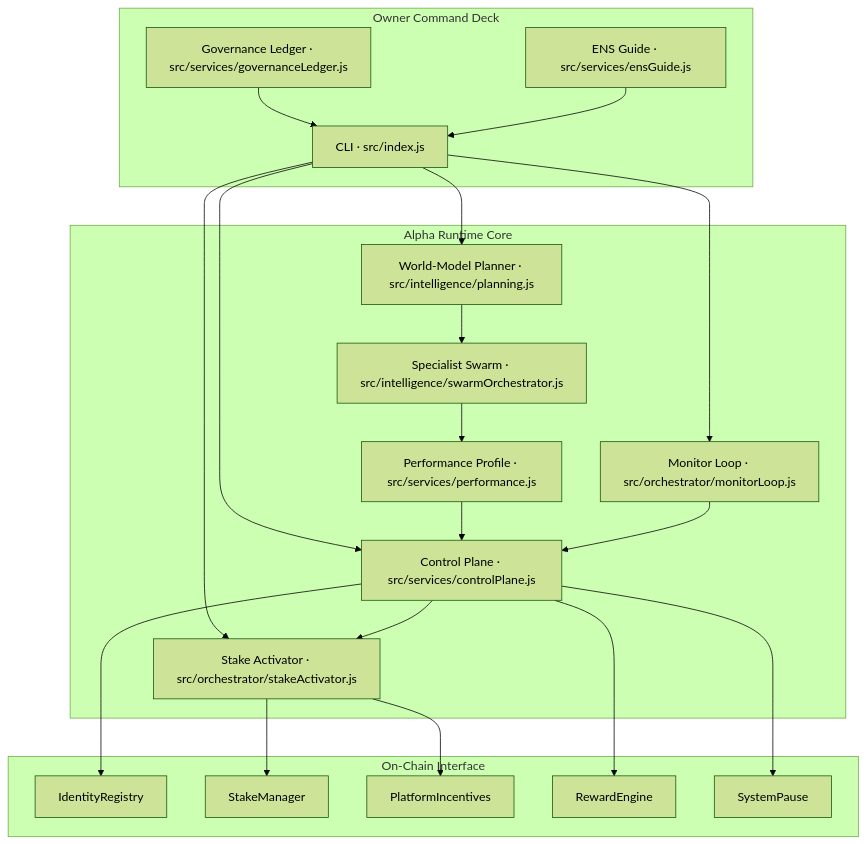
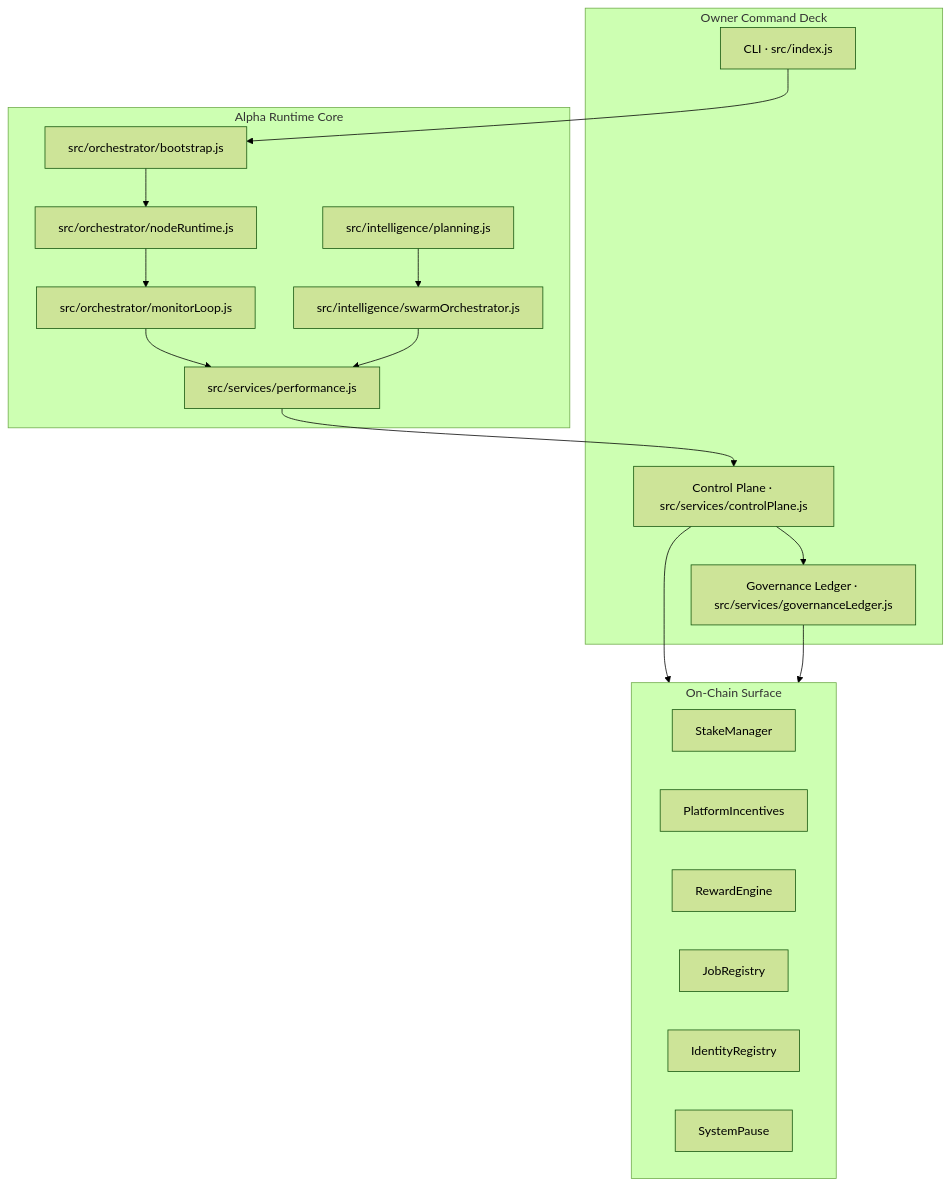
One commit to MontrealAI/AGI-Alpha-Node-v0 changed the first of 6 diagrams in docs/economics.md. Above: the diagram before and after it, drawn with Mermaid (forest theme). The commit also changed other lines of this file, not shown here.

````diff
--- a/docs/economics.md
+++ b/docs/economics.md
@@ -80,42 +74,37 @@
 ```mermaid
 flowchart TD
-  subgraph OwnerDeck["Owner Command Deck"]
-    CLI["CLI · src/index.js"]
-    Ledger["Governance Ledger · src/services/governanceLedger.js"]
-    Guide["ENS Guide · src/services/ensGuide.js"]
+  subgraph OwnerDeck[Owner Command Deck]
+    CLI[CLI · src/index.js]
+    ControlPlane[Control Plane · src/services/controlPlane.js]
+    Ledger[Governance Ledger · src/services/governanceLedger.js]
   end
 
-  subgraph RuntimeCore["Alpha Runtime Core"]
-    Planner["World-Model Planner · src/intelligence/planning.js"]
-    Swarm["Specialist Swarm · src/intelligence/swarmOrchestrator.js"]
-    Monitor["Monitor Loop · src/orchestrator/monitorLoop.js"]
-    Performance["Performance Profile · src/services/performance.js"]
-    ControlPlane["Control Plane · src/services/controlPlane.js"]
-    StakeActivator["Stake Activator · src/orchestrator/stakeActivator.js"]
+  subgraph RuntimeCore[Alpha Runtime Core]
+    Bootstrap[src/orchestrator/bootstrap.js]
+    Monitor[src/orchestrator/monitorLoop.js]
+    NodeRuntime[src/orchestrator/nodeRuntime.js]
+    Planner[src/intelligence/planning.js]
+    Swarm[src/intelligence/swarmOrchestrator.js]
+    Performance[src/services/performance.js]
   end
 
-  subgraph ProtocolSurface["On-Chain Interface"]
-    Identity["IdentityRegistry"]
-    StakeManager["StakeManager"]
-    Incentives["PlatformIncentives"]
-    Rewards["RewardEngine"]
-    Pause["SystemPause"]
+  subgraph ChainSurface[On-Chain Surface]
+    StakeManager[StakeManager]
+    Incentives[PlatformIncentives]
+    RewardEngine[RewardEngine]
+    JobRegistry[JobRegistry]
+    IdentityRegistry[IdentityRegistry]
+    SystemPause[SystemPause]
   end
 
-  CLI --> Planner
-  CLI --> StakeActivator
-  CLI --> ControlPlane
-  CLI --> Monitor
+  CLI --> Bootstrap
+  Bootstrap --> NodeRuntime
+  NodeRuntime --> Monitor
+  Monitor --> Performance
+  Performance --> ControlPlane
+  ControlPlane --> ChainSurface
+  Swarm --> Performance
   Planner --> Swarm
-  Swarm --> Performance
-  Performance --> ControlPlane
-  Monitor --> ControlPlane
-  ControlPlane --> StakeActivator
-  ControlPlane --> Rewards
-  StakeActivator --> Incentives
-  StakeActivator --> StakeManager
-  ControlPlane --> Pause
-  ControlPlane --> Identity
-  Ledger --> CLI
-  Guide --> CLI
+  ControlPlane --> Ledger
+  Ledger --> ChainSurface
 ```
````
